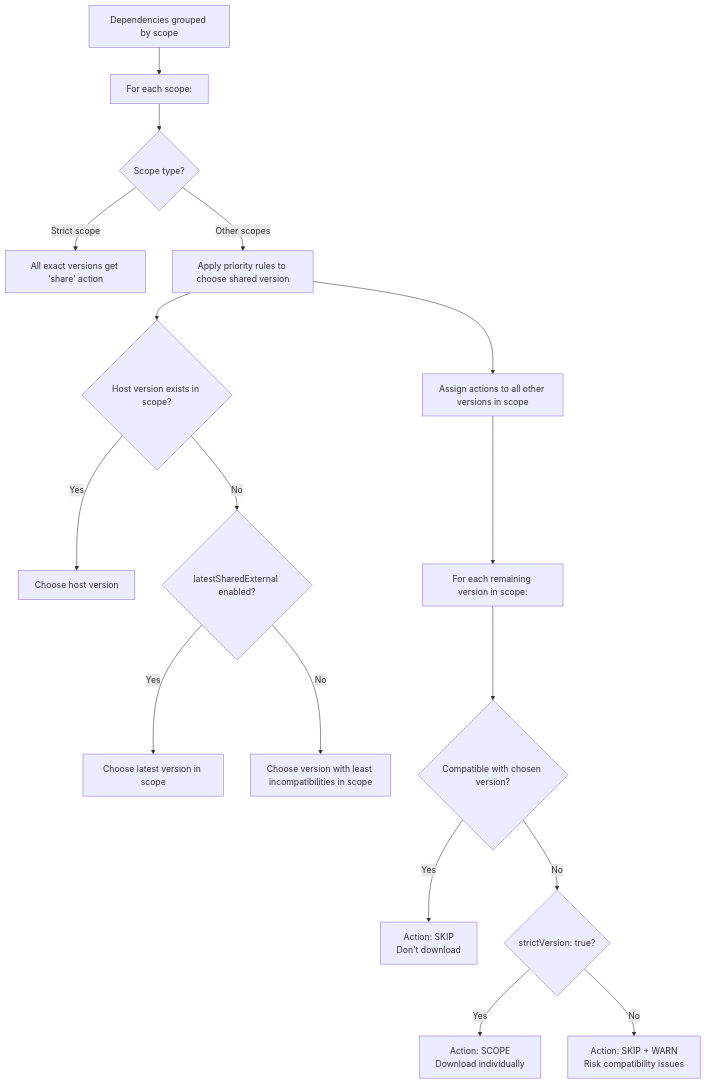
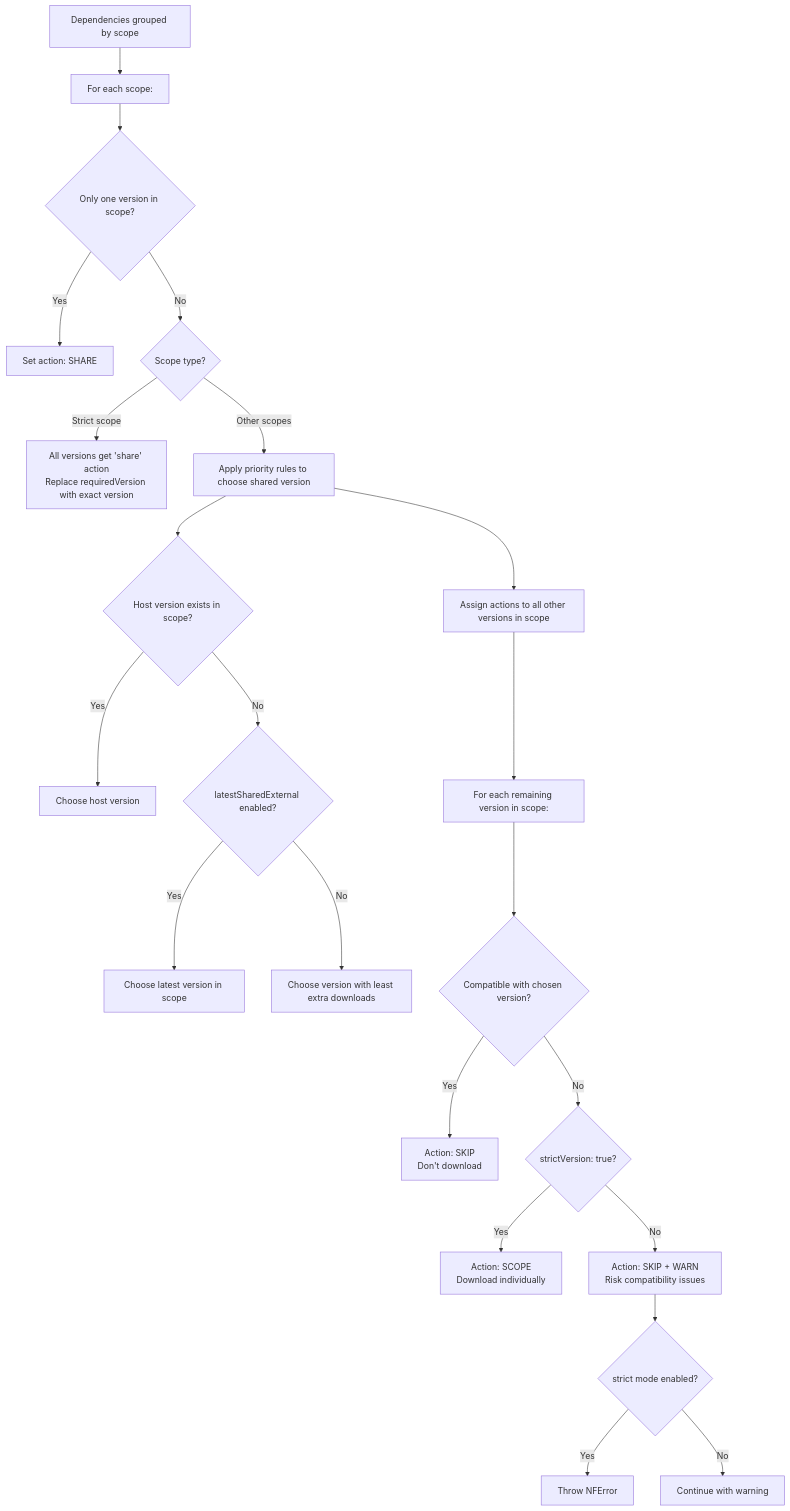
The second of 7 diagrams in docs/version-resolver.md (topicusonderwijs/vanilla-native-federation), drawn with Mermaid before and after one commit. The commit also changed other lines of this file and 4 other files, not shown here.

````diff
--- a/docs/version-resolver.md
+++ b/docs/version-resolver.md
@@ -292,21 +292,27 @@
 ```mermaid
 flowchart TD
     A[Dependencies grouped by scope] --> B[For each scope:]
-    B --> C{Scope type?}
-    C -->|Strict scope| D[All exact versions get 'share' action]
-    C -->|Other scopes| E[Apply priority rules to choose shared version]
-    E --> F[Assign actions to all other versions in scope]
+    B --> C{Only one version in scope?}
+    C -->|Yes| D[Set action: SHARE]
+    C -->|No| E{Scope type?}
+    E -->|Strict scope| F[All versions get 'share' action<br/>Replace requiredVersion with exact version]
+    E -->|Other scopes| G[Apply priority rules to choose shared version]
 
-    E --> E1{Host version exists in scope?}
-    E1 -->|Yes| E2[Choose host version]
-    E1 -->|No| E3{latestSharedExternal enabled?}
-    E3 -->|Yes| E4[Choose latest version in scope]
-    E3 -->|No| E5[Choose version with least incompatibilities in scope]
+    G --> G1{Host version exists in scope?}
+    G1 -->|Yes| G2[Choose host version]
+    G1 -->|No| G3{latestSharedExternal enabled?}
+    G3 -->|Yes| G4[Choose latest version in scope]
+    G3 -->|No| G5[Choose version with least extra downloads]
 
-    F --> F1[For each remaining version in scope:]
-    F1 --> F2{Compatible with chosen version?}
-    F2 -->|Yes| F3[Action: SKIP<br/>Don't download]
-    F2 -->|No| F4{strictVersion: true?}
-    F4 -->|Yes| F5[Action: SCOPE<br/>Download individually]
-    F4 -->|No| F6[Action: SKIP + WARN<br/>Risk compatibility issues]
+    G --> H[Assign actions to all other versions in scope]
+    H --> H1[For each remaining version in scope:]
+    H1 --> H2{Compatible with chosen version?}
+    H2 -->|Yes| H3[Action: SKIP<br/>Don't download]
+    H2 -->|No| H4{strictVersion: true?}
+    H4 -->|Yes| H5[Action: SCOPE<br/>Download individually]
+    H4 -->|No| H6[Action: SKIP + WARN<br/>Risk compatibility issues]
+
+    H6 --> I{strict mode enabled?}
+    I -->|Yes| J[Throw NFError]
+    I -->|No| K[Continue with warning]
 ```
````
